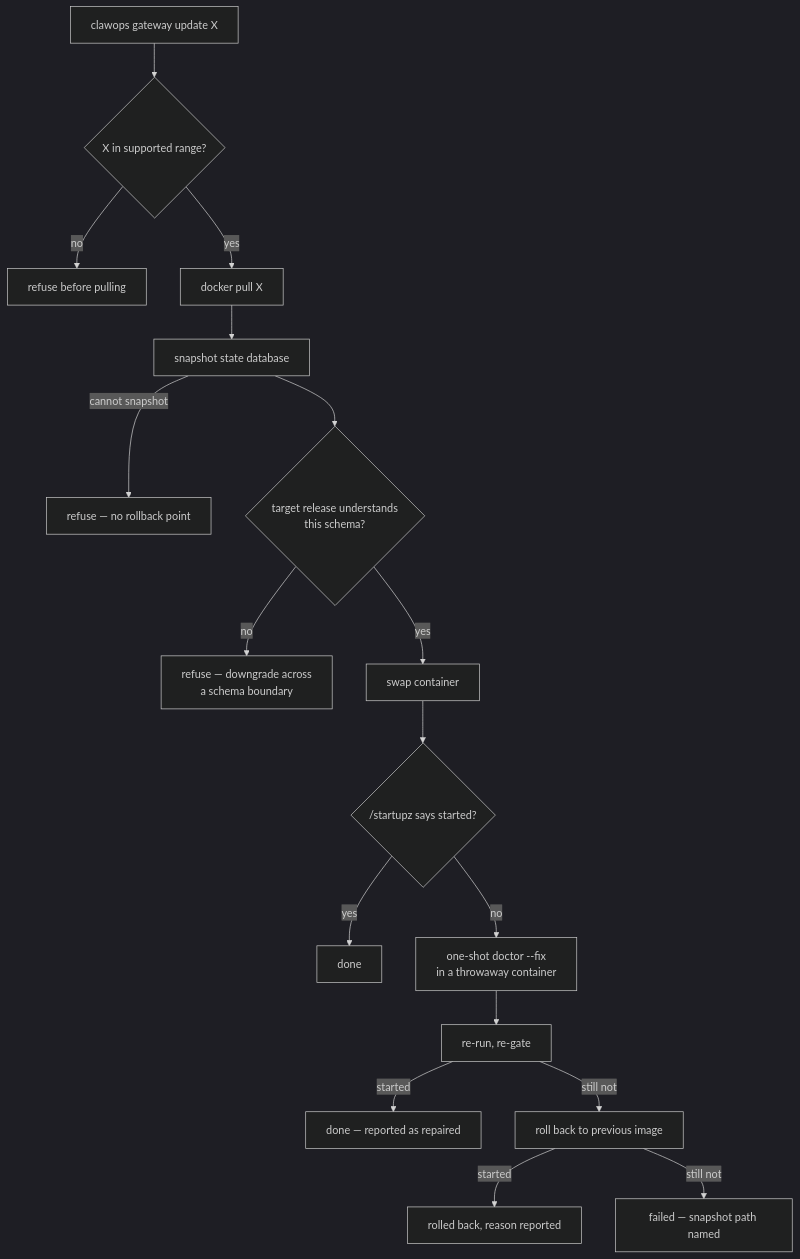
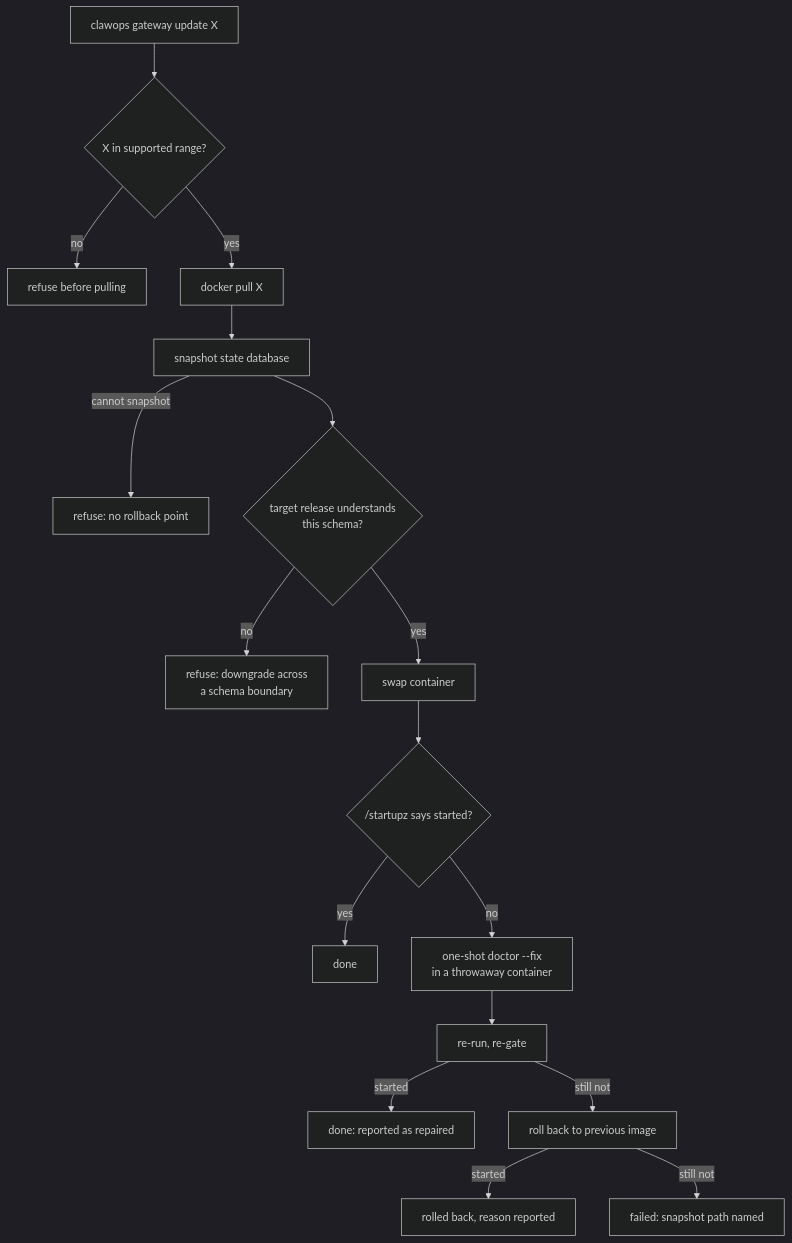
One commit to dfridkin/clawops changed the second of 11 diagrams in README.md. Above: the diagram before and after it, drawn with Mermaid (dark theme). The commit also changed other lines of this file and 83 other files, not shown here.

````diff
--- a/README.md
+++ b/README.md
@@ -147,19 +147,19 @@
 ```mermaid
 flowchart TD
     A["clawops gateway update X"] --> B{"X in supported range?"}
     B -- no --> B1["refuse before pulling"]
     B -- yes --> C["docker pull X"]
     C --> D["snapshot state database"]
-    D -- cannot snapshot --> D1["refuse — no rollback point"]
+    D -- cannot snapshot --> D1["refuse: no rollback point"]
     D --> E{"target release understands<br/>this schema?"}
-    E -- no --> E1["refuse — downgrade across<br/>a schema boundary"]
+    E -- no --> E1["refuse: downgrade across<br/>a schema boundary"]
     E -- yes --> F["swap container"]
     F --> G{"/startupz says started?"}
     G -- yes --> H["done"]
     G -- no --> I["one-shot doctor --fix<br/>in a throwaway container"]
     I --> J["re-run, re-gate"]
-    J -- started --> K["done — reported as repaired"]
+    J -- started --> K["done: reported as repaired"]
     J -- still not --> L["roll back to previous image"]
     L -- started --> M["rolled back, reason reported"]
-    L -- still not --> N["failed — snapshot path named"]
+    L -- still not --> N["failed: snapshot path named"]
 ```
````
